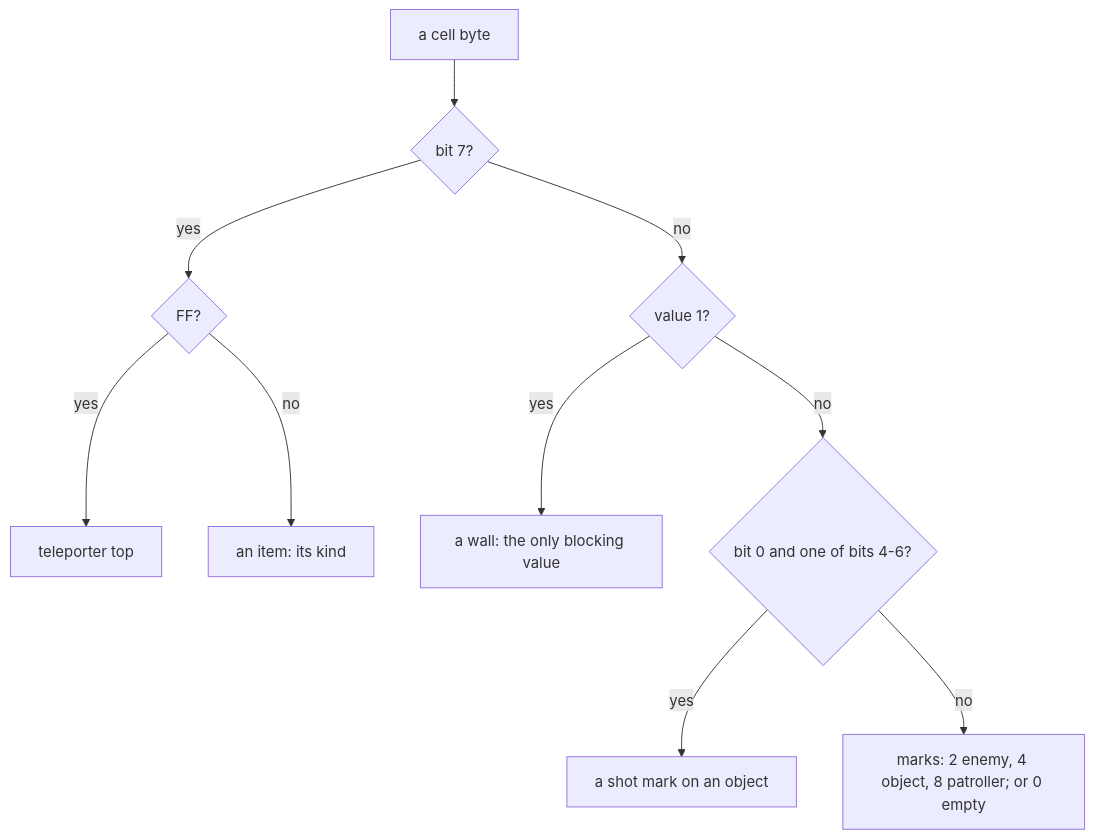
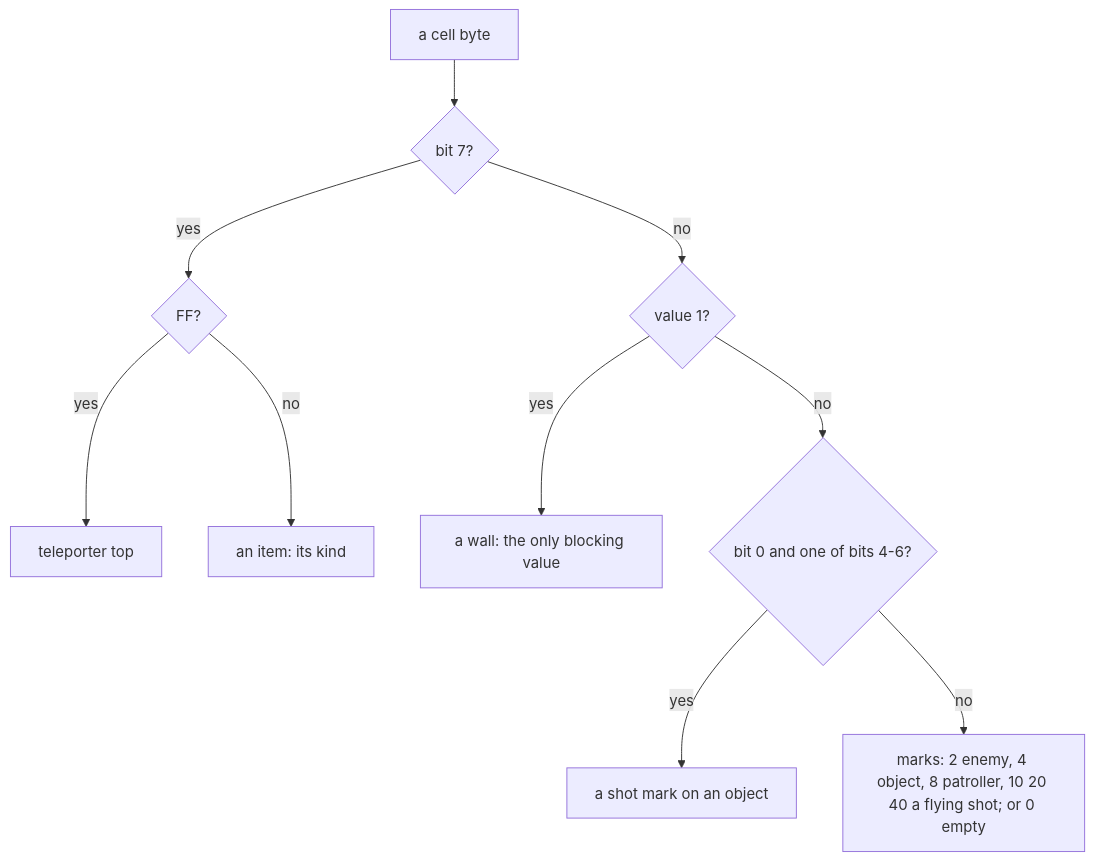
One commit to alfishe/unrealng-reverse-cases changed the fourth of 14 diagrams in games/tujad/docs/07-objects.md. Above: the diagram before and after it, drawn with Mermaid. The commit also changed other lines of this file and 44 other files, not shown here.

````diff
--- a/games/tujad/docs/07-objects.md
+++ b/games/tujad/docs/07-objects.md
@@ -360,12 +367,12 @@
 ```mermaid
 flowchart TD
     C[a cell byte] --> W{bit 7?}
     W -- yes --> I{FF?}
     I -- yes --> TP[teleporter top]
     I -- no --> IT[an item: its kind]
     W -- no --> X{value 1?}
     X -- yes --> WL[a wall: the only blocking value]
     X -- no --> M{bit 0 and one of bits 4-6?}
     M -- yes --> SH[a shot mark on an object]
-    M -- no --> MK[marks: 2 enemy, 4 object, 8 patroller; or 0 empty]
+    M -- no --> MK[marks: 2 enemy, 4 object, 8 patroller, 10 20 40 a flying shot; or 0 empty]
 ```
````
